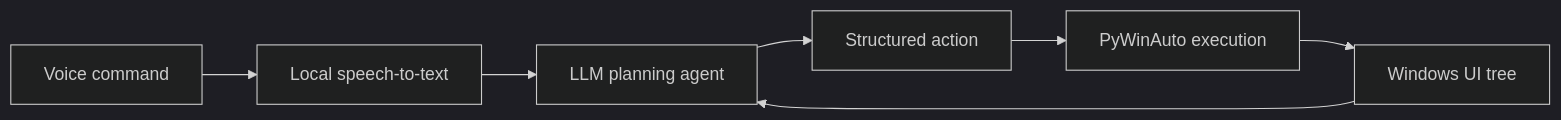
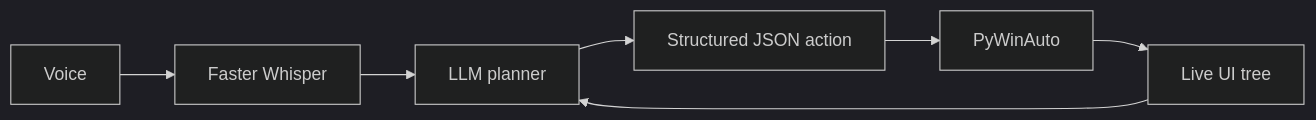
Before and after one commit to vishnusangadala/vishnusangadala: the third of 3 diagrams in README.md, drawn with Mermaid (dark theme). The commit also changed other lines of this file and 1 other file, not shown here.

````diff
--- a/README.md
+++ b/README.md
@@ -89,9 +182,9 @@
 ```mermaid
 flowchart LR
-    A[Voice command] --> B[Local speech-to-text]
-    B --> C[LLM planning agent]
-    D[Windows UI tree] --> C
-    C --> E[Structured action]
-    E --> F[PyWinAuto execution]
-    F --> D
+    V[Voice] --> W[Faster Whisper]
+    W --> L[LLM planner]
+    T[Live UI tree] --> L
+    L --> J[Structured JSON action]
+    J --> P[PyWinAuto]
+    P --> T
 ```
````
